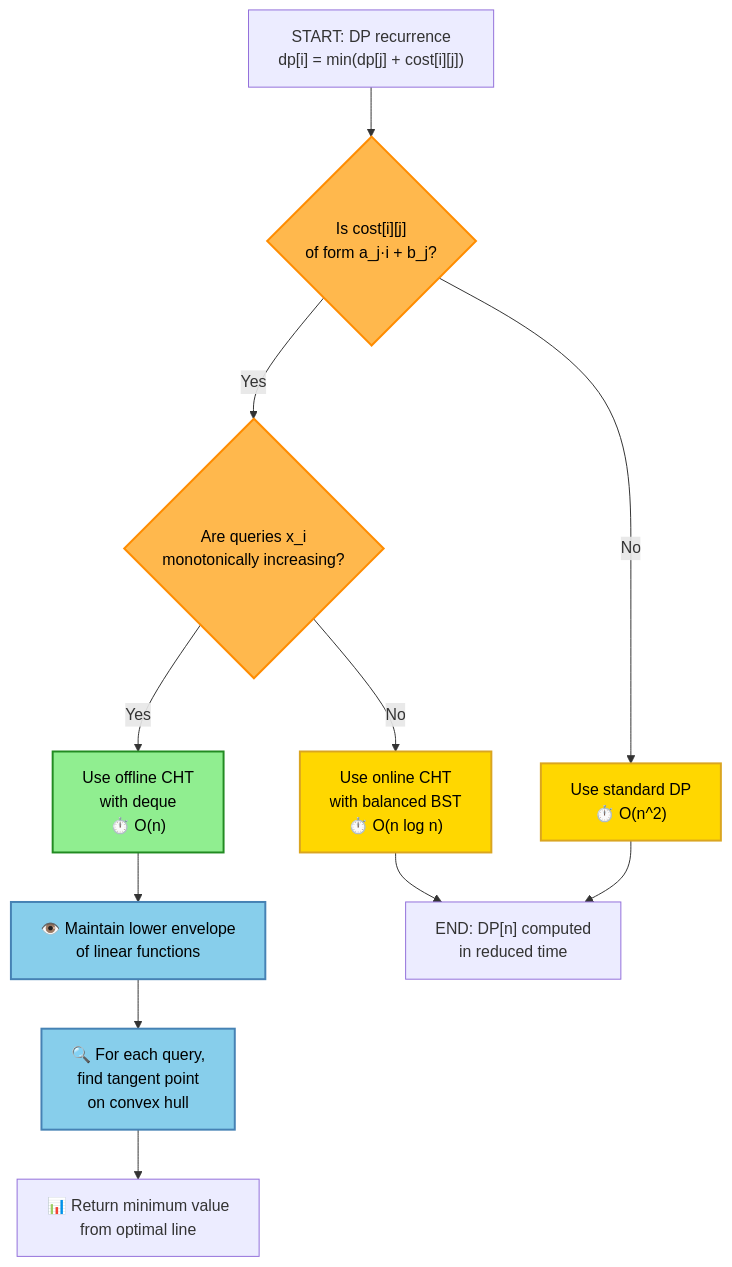
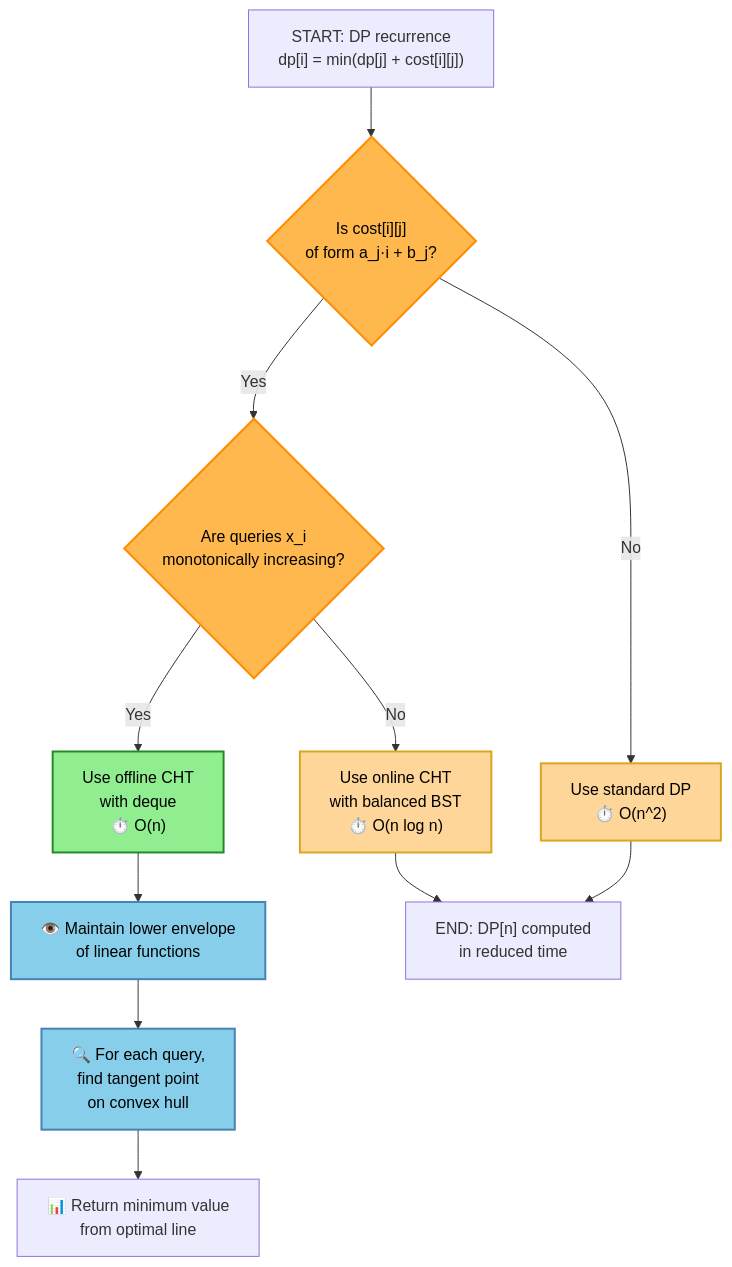
One commit to souradeepta/interviewprep changed the third of 41 diagrams in docs/algorithms/advanced/advanced_algorithms.md. Above: the diagram before and after it, drawn with Mermaid. The commit also changed other lines of this file and 31 other files, not shown here.

Commit message:
updated graphs

````diff
--- a/docs/algorithms/advanced/advanced_algorithms.md
+++ b/docs/algorithms/advanced/advanced_algorithms.md
@@ -191,23 +191,23 @@
 ```mermaid
 flowchart TD
     A["START: DP recurrence<br/>dp[i] = min(dp[j] + cost[i][j])"] --> B{"Is cost[i][j]<br/>of form a_j·i + b_j?"}
     B -->|No| C["Use standard DP<br/>⏱️ O(n^2)"]
     B -->|Yes| D{"Are queries x_i<br/>monotonically increasing?"}
     D -->|No| E["Use online CHT<br/>with balanced BST<br/>⏱️ O(n log n)"]
     D -->|Yes| F["Use offline CHT<br/>with deque<br/>⏱️ O(n)"]
     F --> G["👁️ Maintain lower envelope<br/>of linear functions"]
     G --> H["🔍 For each query,<br/>find tangent point<br/>on convex hull"]
     H --> I["📊 Return minimum value<br/>from optimal line"]
     E --> J["END: DP[n] computed<br/>in reduced time"]
     C --> J
     
     classDef decision fill:#FFB84D,stroke:#FF8C00,stroke-width:2px,color:#000
     classDef action fill:#87CEEB,stroke:#4682B4,stroke-width:2px,color:#000
-    classDef optimal fill:#90EE90,stroke:#228B22,stroke-width:2px,color:#000
-    classDef subopt fill:#FFD700,stroke:#DAA520,stroke-width:2px,color:#000
+    classDef optimal fill:#90ee90,color:#000,stroke:#333,stroke-width:2px,stroke:#228B22,stroke-width:2px,color:#000
+    classDef subopt fill:#ffd699,color:#000,stroke:#333,stroke-width:2px,stroke:#DAA520,stroke-width:2px,color:#000
     
     class B,D decision
     class G,H action
     class F optimal
     class C,E subopt
 ```
````
